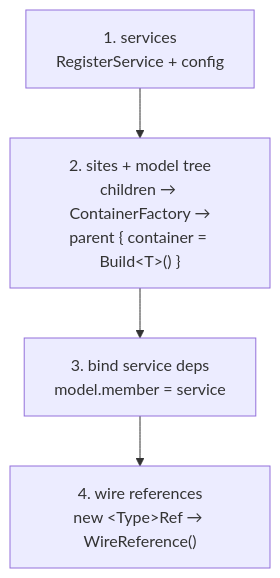
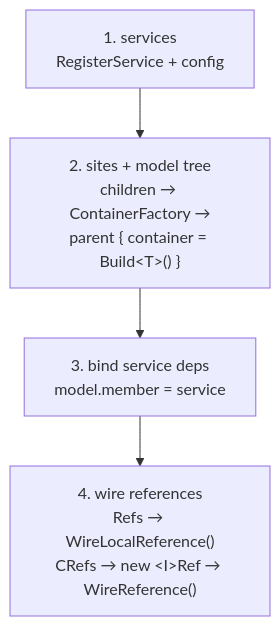
The second of 2 diagrams in public/content/the-assembly.md (SimulaSharp-org/simulasharp-docs), drawn with Mermaid before and after one commit. The commit also changed other lines of this file and 8 other files, not shown here.

First line of the commit message:
docs: reference model v3 — [Reference]/[CrossReference] split + Ref taxonomy

````diff
--- a/public/content/the-assembly.md
+++ b/public/content/the-assembly.md
@@ -190,6 +198,6 @@
 ```mermaid
 flowchart TB
   S["1. services<br/>RegisterService + config"] --> ST["2. sites + model tree<br/>children → ContainerFactory →<br/>parent { container = Build&lt;T&gt;() }"]
   ST --> D["3. bind service deps<br/>model.member = service"]
-  D --> R["4. wire references<br/>new &lt;Type&gt;Ref → WireReference()"]
+  D --> R["4. wire references<br/>Refs → WireLocalReference()<br/>CRefs → new &lt;I&gt;Ref → WireReference()"]
 ```
````
